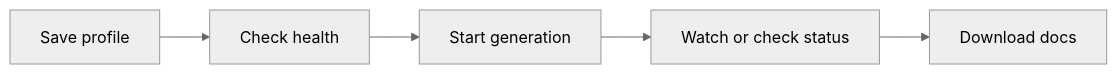
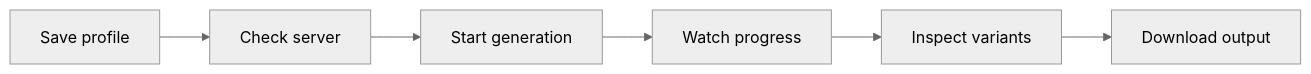
The diagram in docs/manage-docsfy-from-the-cli.md (myk-org/docsfy), drawn with Mermaid (neutral theme) before and after one commit. The commit also changed other lines of this file and 42 other files, not shown here.

````diff
--- a/docs/manage-docsfy-from-the-cli.md
+++ b/docs/manage-docsfy-from-the-cli.md
@@ -23,7 +23,8 @@
 ```mermaid
 flowchart LR
-  A[Save profile] --> B[Check health]
+  A[Save profile] --> B[Check server]
   B --> C[Start generation]
-  C --> D[Watch or check status]
-  D --> E[Download docs]
+  C --> D[Watch progress]
+  D --> E[Inspect variants]
+  E --> F[Download output]
 ```
````
